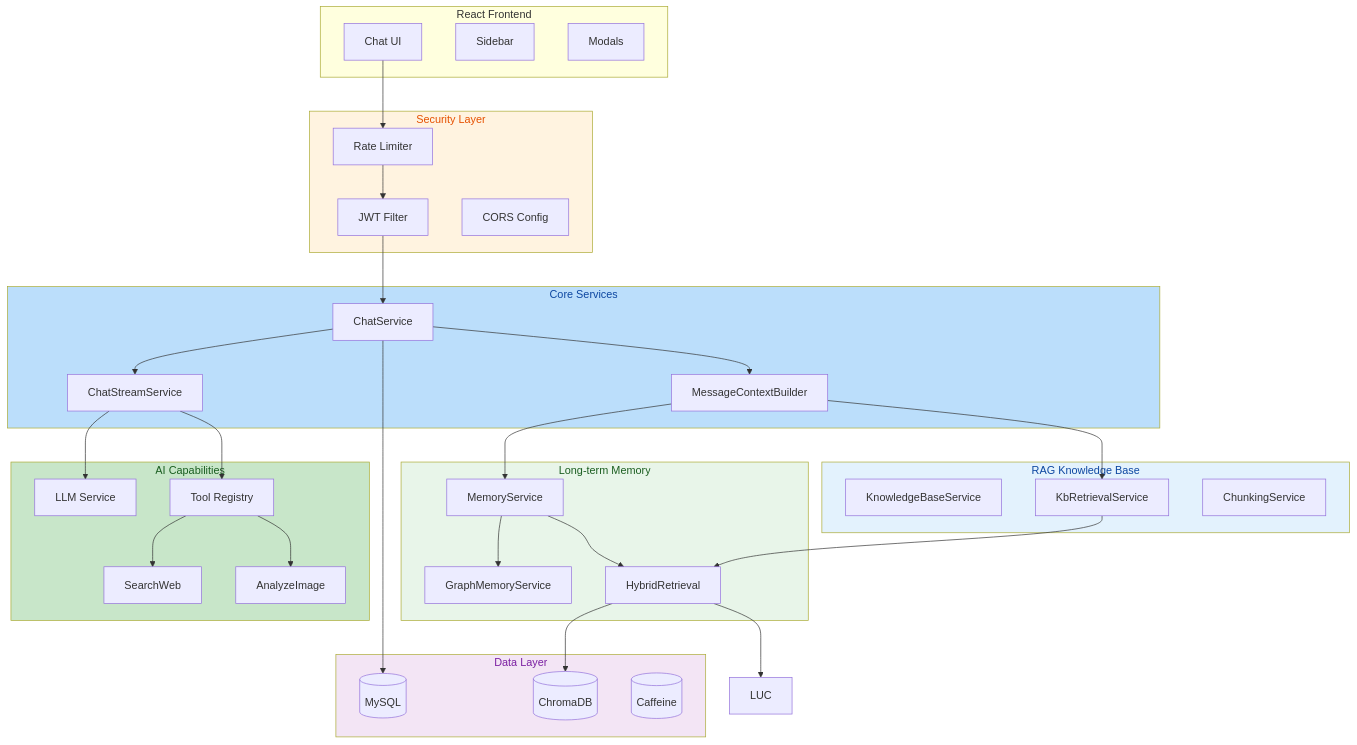
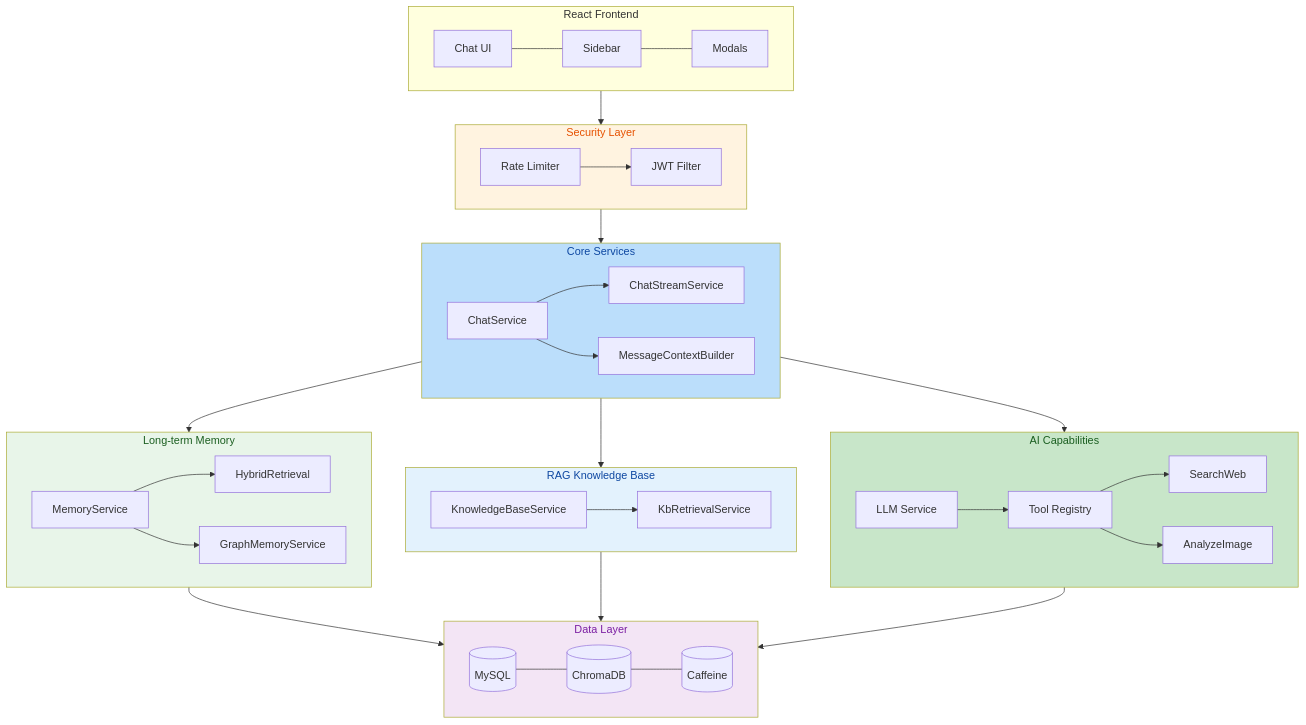
One commit to kleetor/AiChat changed the diagram in README_EN.md. Above: the diagram before and after it, drawn with Mermaid. The commit also changed other lines of this file and 1 other file, not shown here.

````diff
--- a/README_EN.md
+++ b/README_EN.md
@@ -360,69 +82,46 @@
 ```mermaid
 flowchart TB
     subgraph Frontend["React Frontend"]
-        FE[Chat UI]
-        SS[Sidebar]
-        MD[Modals]
+        FE[Chat UI] --- SS[Sidebar] --- MD[Modals]
     end
 
     subgraph Security["Security Layer"]
-        RL[Rate Limiter]
-        JWT[JWT Filter]
-        CORS[CORS Config]
+        RL[Rate Limiter] --> JWT[JWT Filter]
     end
 
     subgraph Core["Core Services"]
-        CS[ChatService]
-        CSS[ChatStreamService]
-        MCB[MessageContextBuilder]
+        CS[ChatService] --> CSS[ChatStreamService]
+        CS --> MCB[MessageContextBuilder]
     end
 
     subgraph Memory["Long-term Memory"]
-        MS[MemoryService]
-        GM[GraphMemoryService]
-        HR[HybridRetrieval]
+        MS[MemoryService] --> HR[HybridRetrieval]
+        MS --> GM[GraphMemoryService]
     end
 
     subgraph KB["RAG Knowledge Base"]
-        KBS[KnowledgeBaseService]
-        KBR[KbRetrievalService]
-        CHK[ChunkingService]
+        KBS[KnowledgeBaseService] --> KBR[KbRetrievalService]
     end
 
     subgraph AILayer["AI Capabilities"]
-        LLM[LLM Service]
-        TR[Tool Registry]
-        SW[SearchWeb]
-        Img[AnalyzeImage]
+        LLM[LLM Service] --> TR[Tool Registry]
+        TR --> SW[SearchWeb]
+        TR --> Img[AnalyzeImage]
     end
 
     subgraph DataLayer["Data Layer"]
-        DB[(MySQL)]
-        CDB[(ChromaDB)]
-        Cache[(Caffeine)]
+        DB[(MySQL)] --- CDB[(ChromaDB)] --- Cache[(Caffeine)]
     end
 
-    FE --> RL --> JWT
-    JWT --> CS
-    CS --> MCB
-    CS --> CSS
-    CSS --> LLM
-    CSS --> TR
-    TR --> SW
-    TR --> Img
-    MCB --> MS
-    MCB --> KBR
-    MS --> GM
-    MS --> HR
-    KBR --> HR
-    HR --> CDB
-    HR --> LUC
-    CS --> DB
+    Frontend --> Security --> Core
+    Core --> Memory & KB & AILayer
+    Memory & KB --> DataLayer
+    AILayer --> DataLayer
 
     style Security fill:#fff3e0,color:#e65100
     style Core fill:#bbdefb,color:#0d47a1
     style Memory fill:#e8f5e9,color:#1b5e20
     style KB fill:#e3f2fd,color:#0d47a1
     style AILayer fill:#c8e6c9,color:#1a5e20
     style DataLayer fill:#f3e5f5,color:#7b1fa2
 ```
````
